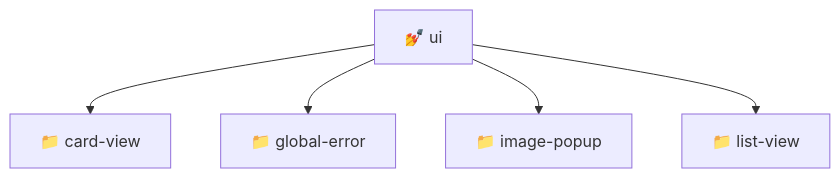
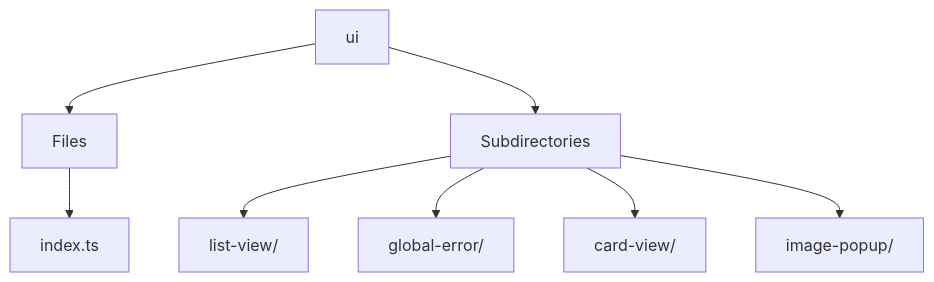
The diagram in frontend/src/shared/ui/README.md (beginwebdev2002/fullstack-mavluda), drawn with Mermaid before and after one commit. The commit also changed other lines of this file and 167 other files, not shown here.

````diff
--- a/frontend/src/shared/ui/README.md
+++ b/frontend/src/shared/ui/README.md
@@ -11,8 +14,10 @@
 ```mermaid
 graph TD
-  ui["💅 ui"]
-  ui --> card_view["📁 card-view"]
-  ui --> global_error["📁 global-error"]
-  ui --> image_popup["📁 image-popup"]
-  ui --> list_view["📁 list-view"]
+  ui --> Files
+  Files --> index_ts[index.ts]
+  ui --> Subdirectories
+  Subdirectories --> list_view[list-view/]
+  Subdirectories --> global_error[global-error/]
+  Subdirectories --> card_view[card-view/]
+  Subdirectories --> image_popup[image-popup/]
 ```
````
